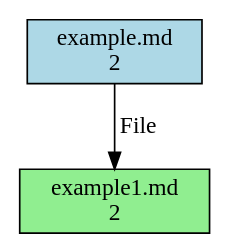
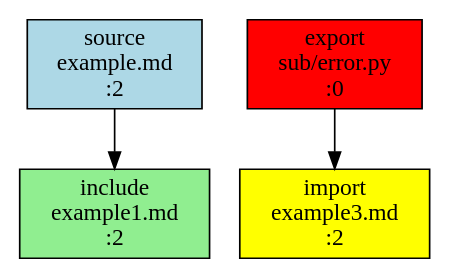
The diagram in graph.dot (kimjarvis/syncspec), drawn with Graphviz before and after one commit. The commit also changed 12 other files, not shown here.

```diff
--- a/graph.dot
+++ b/graph.dot
@@ -1,5 +1,8 @@
 strict digraph {
-"example.md_2" [key=File, directive_type=source, label="example.md\n2", shape=box, style=filled, fillcolor=lightblue];
-"example1.md_2" [key=File, directive_type=include, label="example1.md\n2", shape=box, style=filled, fillcolor=lightgreen];
-"example.md_2" -> "example1.md_2" [label=File];
+"source_example.md_2" [key=File, directive_type=source, label="source\nexample.md\n:2", shape=rectangle, style=filled, fillcolor=lightblue];
+"include_example1.md_2" [key=File, directive_type=include, label="include\nexample1.md\n:2", shape=rectangle, style=filled, fillcolor=lightgreen];
+"export_sub/error.py_0" [key="sub/error.py", directive_type=export, label="export\nsub/error.py\n:0", shape=rectangle, style=filled, fillcolor=red];
+"import_example3.md_2" [key="sub/error.py", directive_type=import, label="import\nexample3.md\n:2", shape=rectangle, style=filled, fillcolor=yellow];
+"source_example.md_2" -> "include_example1.md_2";
+"export_sub/error.py_0" -> "import_example3.md_2";
 }
```
